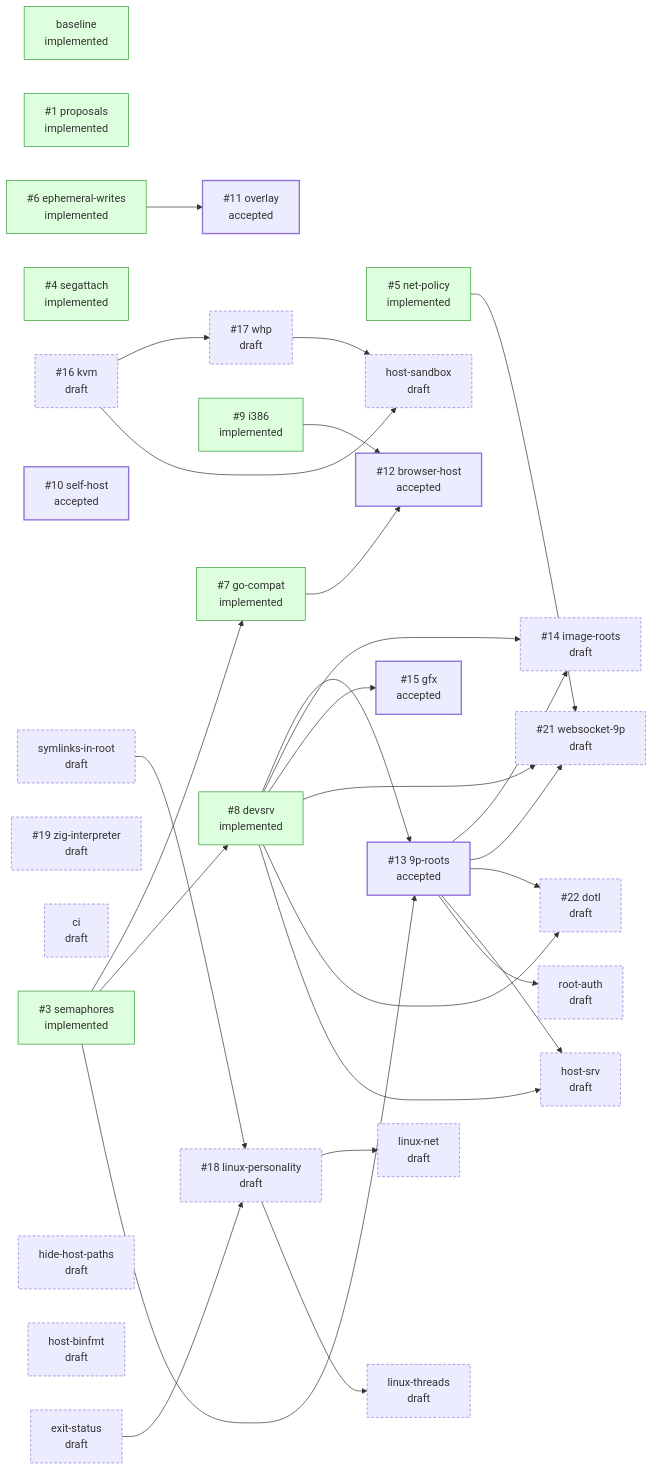
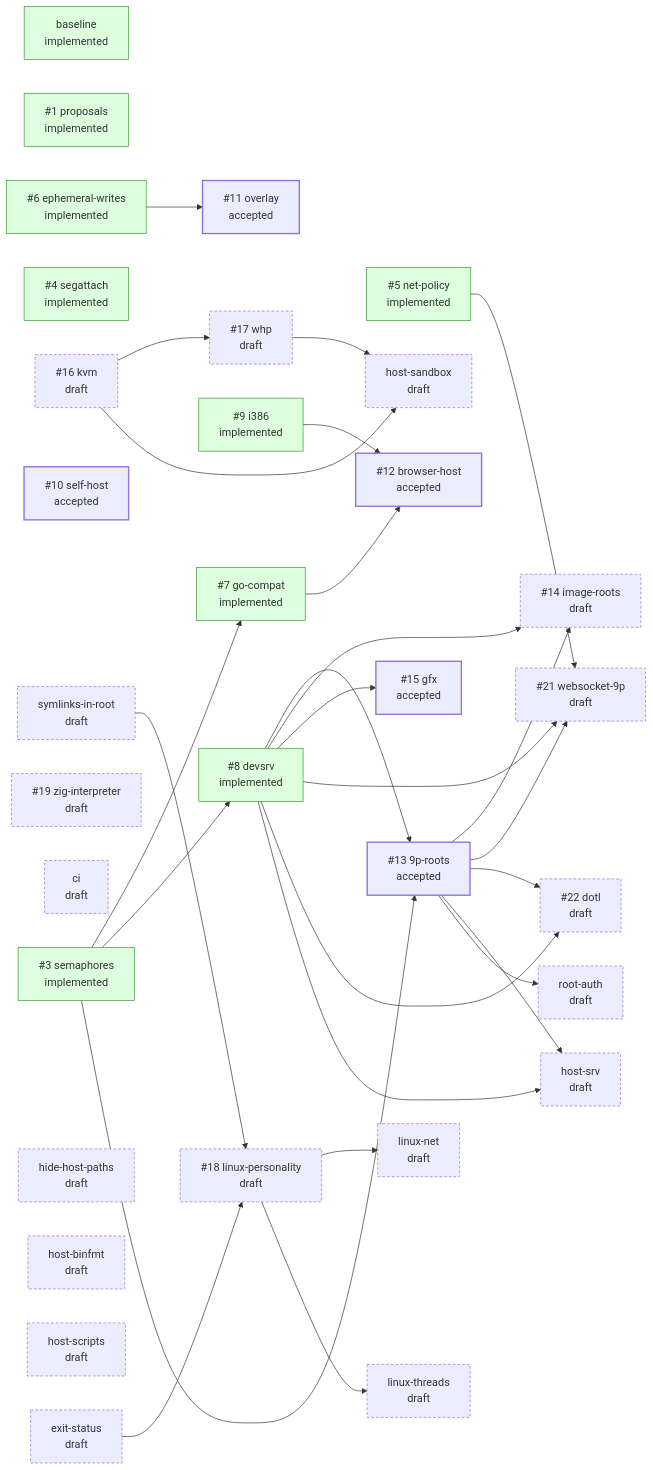
The diagram in README.md (progrium/hyper9), drawn with Mermaid before and after one commit. The commit also changed other lines of this file and 5 other files, not shown here.

````diff
--- a/README.md
+++ b/README.md
@@ -48,63 +49,64 @@
 ```mermaid
 flowchart LR
   classDef draft stroke-dasharray: 4 3
   classDef accepted stroke-width: 2px
   classDef implemented fill:#dfd,stroke:#393
   classDef closed fill:#eee,stroke:#999,color:#777
   p_baseline["baseline<br/>implemented"]:::implemented
   p_proposals["#35;1 proposals<br/>implemented"]:::implemented
   p_semaphores["#35;3 semaphores<br/>implemented"]:::implemented
   p_segattach["#35;4 segattach<br/>implemented"]:::implemented
   p_net_policy["#35;5 net-policy<br/>implemented"]:::implemented
   p_ephemeral_writes["#35;6 ephemeral-writes<br/>implemented"]:::implemented
   p_go_compat["#35;7 go-compat<br/>implemented"]:::implemented
   p_devsrv["#35;8 devsrv<br/>implemented"]:::implemented
   p_i386["#35;9 i386<br/>implemented"]:::implemented
   p_self_host["#35;10 self-host<br/>accepted"]:::accepted
   p_overlay["#35;11 overlay<br/>accepted"]:::accepted
   p_browser_host["#35;12 browser-host<br/>accepted"]:::accepted
   p_9p_roots["#35;13 9p-roots<br/>accepted"]:::accepted
   p_image_roots["#35;14 image-roots<br/>draft"]:::draft
   p_gfx["#35;15 gfx<br/>accepted"]:::accepted
   p_kvm["#35;16 kvm<br/>draft"]:::draft
   p_whp["#35;17 whp<br/>draft"]:::draft
   p_linux_personality["#35;18 linux-personality<br/>draft"]:::draft
   p_zig_interpreter["#35;19 zig-interpreter<br/>draft"]:::draft
   p_websocket_9p["#35;21 websocket-9p<br/>draft"]:::draft
   p_dotl["#35;22 dotl<br/>draft"]:::draft
   p_ci["ci<br/>draft"]:::draft
   p_exit_status["exit-status<br/>draft"]:::draft
   p_hide_host_paths["hide-host-paths<br/>draft"]:::draft
   p_host_binfmt["host-binfmt<br/>draft"]:::draft
   p_host_sandbox["host-sandbox<br/>draft"]:::draft
+  p_host_scripts["host-scripts<br/>draft"]:::draft
   p_host_srv["host-srv<br/>draft"]:::draft
   p_linux_net["linux-net<br/>draft"]:::draft
   p_linux_threads["linux-threads<br/>draft"]:::draft
   p_root_auth["root-auth<br/>draft"]:::draft
   p_symlinks_in_root["symlinks-in-root<br/>draft"]:::draft
   p_semaphores --> p_go_compat
   p_semaphores --> p_devsrv
   p_ephemeral_writes --> p_overlay
   p_go_compat --> p_browser_host
   p_i386 --> p_browser_host
   p_semaphores --> p_9p_roots
   p_devsrv --> p_9p_roots
   p_devsrv --> p_image_roots
   p_9p_roots --> p_image_roots
   p_devsrv --> p_gfx
   p_kvm --> p_whp
   p_symlinks_in_root --> p_linux_personality
   p_exit_status --> p_linux_personality
   p_net_policy --> p_websocket_9p
   p_devsrv --> p_websocket_9p
   p_9p_roots --> p_websocket_9p
   p_devsrv --> p_dotl
   p_9p_roots --> p_dotl
   p_kvm --> p_host_sandbox
   p_whp --> p_host_sandbox
   p_devsrv --> p_host_srv
   p_9p_roots --> p_host_srv
   p_linux_personality --> p_linux_net
   p_linux_personality --> p_linux_threads
   p_9p_roots --> p_root_auth
 ```
````
